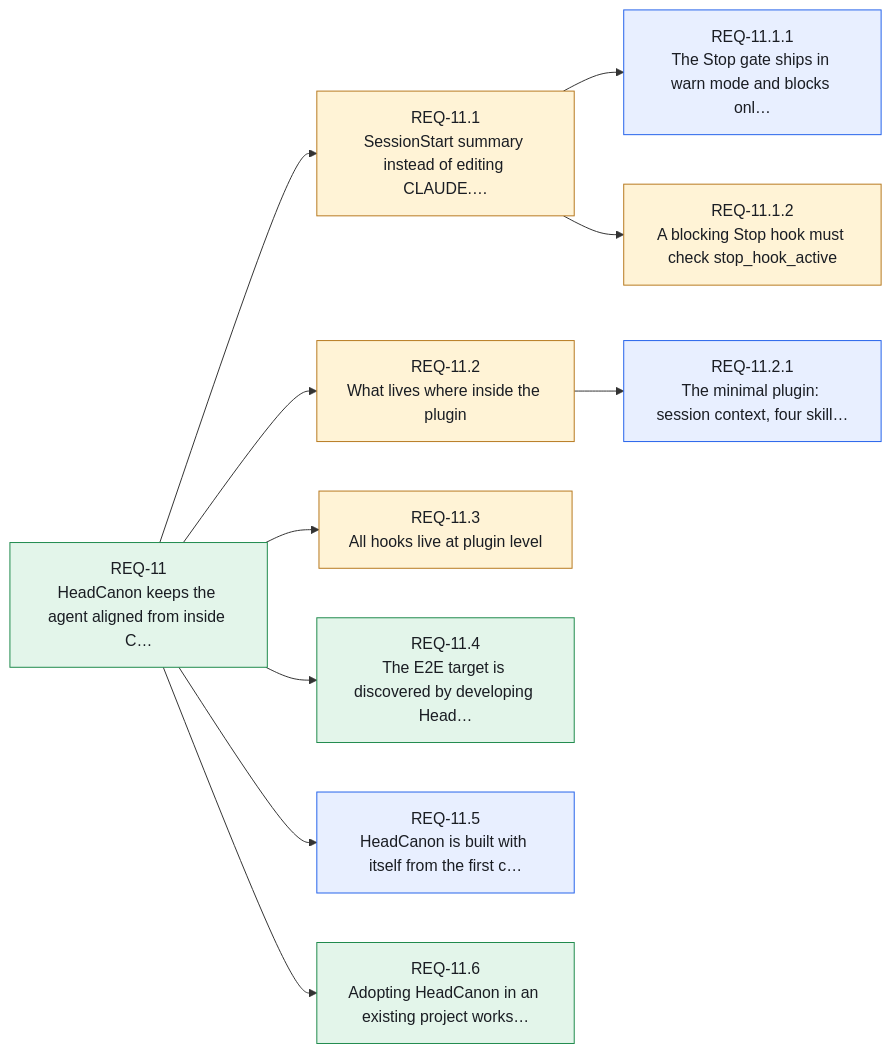
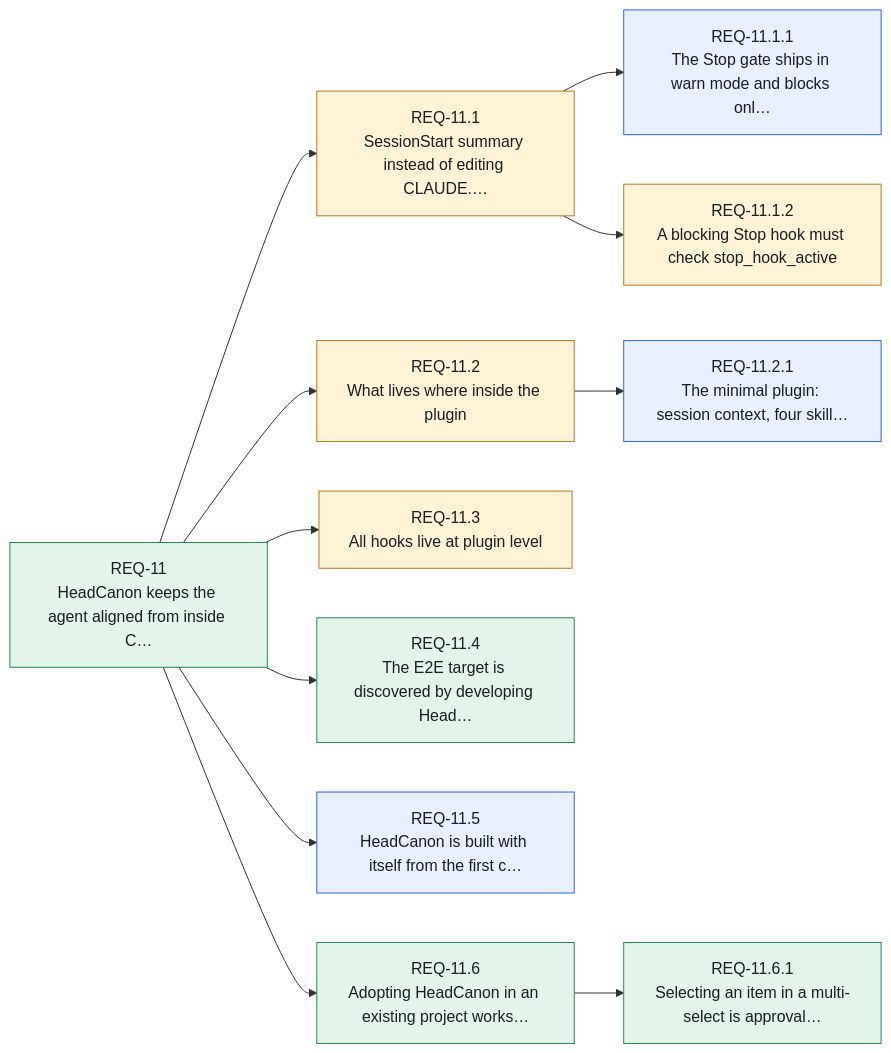
One commit to Althis/headcanon changed diagram 12 of 14 in canon/INDEX.md. Above: the diagram before and after it, drawn with Mermaid. The commit also changed other lines of this file and 4 other files, not shown here.

````diff
--- a/canon/INDEX.md
+++ b/canon/INDEX.md
@@ -493,27 +493,29 @@
 ```mermaid
 flowchart LR
     REQ_11["REQ-11<br/>HeadCanon keeps the agent aligned from inside C…"]:::stated
     REQ_11_1["REQ-11.1<br/>SessionStart summary instead of editing CLAUDE.…"]:::assumed
     REQ_11_1_1["REQ-11.1.1<br/>The Stop gate ships in warn mode and blocks onl…"]:::resolved
     REQ_11_1_2["REQ-11.1.2<br/>A blocking Stop hook must check stop_hook_active"]:::assumed
     REQ_11_2["REQ-11.2<br/>What lives where inside the plugin"]:::assumed
     REQ_11_2_1["REQ-11.2.1<br/>The minimal plugin: session context, four skill…"]:::resolved
     REQ_11_3["REQ-11.3<br/>All hooks live at plugin level"]:::assumed
     REQ_11_4["REQ-11.4<br/>The E2E target is discovered by developing Head…"]:::stated
     REQ_11_5["REQ-11.5<br/>HeadCanon is built with itself from the first c…"]:::resolved
     REQ_11_6["REQ-11.6<br/>Adopting HeadCanon in an existing project works…"]:::stated
+    REQ_11_6_1["REQ-11.6.1<br/>Selecting an item in a multi-select is approval…"]:::stated
     REQ_11 --> REQ_11_1
     REQ_11_1 --> REQ_11_1_1
     REQ_11_1 --> REQ_11_1_2
     REQ_11 --> REQ_11_2
     REQ_11_2 --> REQ_11_2_1
     REQ_11 --> REQ_11_3
     REQ_11 --> REQ_11_4
     REQ_11 --> REQ_11_5
     REQ_11 --> REQ_11_6
+    REQ_11_6 --> REQ_11_6_1
     classDef stated fill:#e3f5ea,stroke:#1f8a4c,color:#1a1d23
     classDef resolved fill:#e8efff,stroke:#2563eb,color:#1a1d23
     classDef assumed fill:#fff3d6,stroke:#b7791f,color:#1a1d23
     classDef open fill:#ece9fb,stroke:#6b5bd2,color:#1a1d23
     classDef contested fill:#fde7e8,stroke:#d13438,color:#1a1d23
 ```
````
